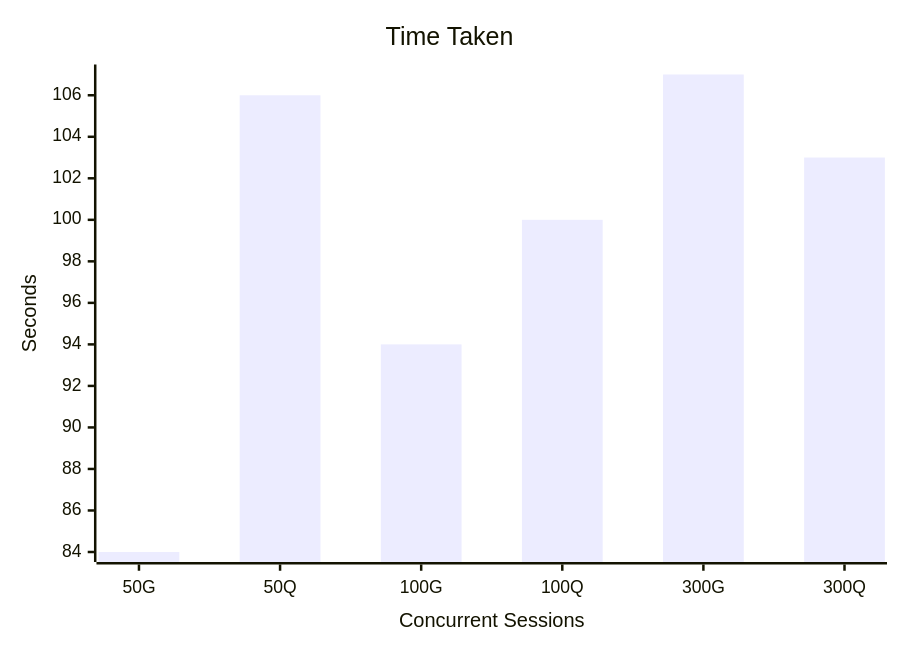
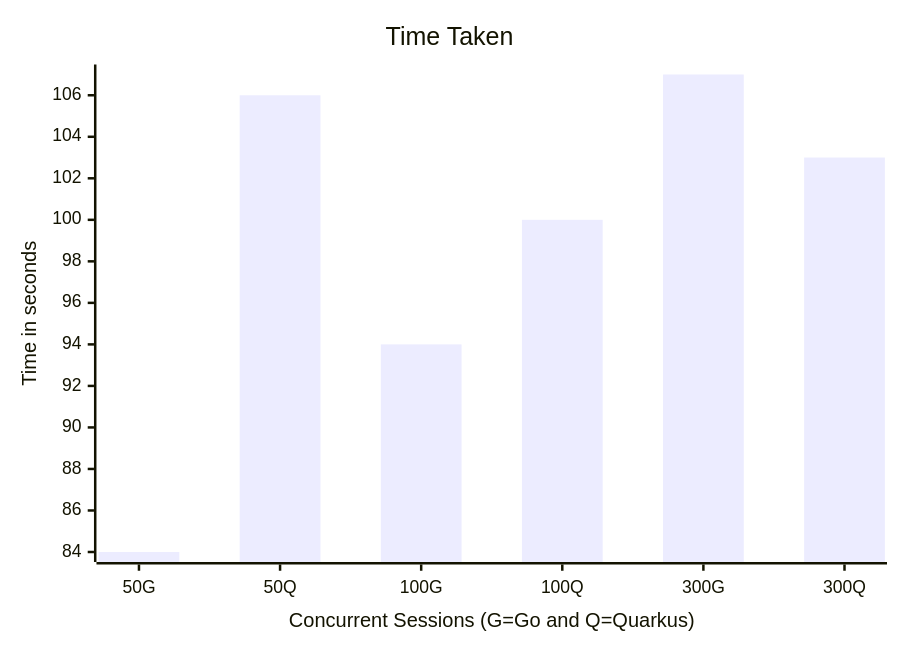
Before and after one commit to romdalf/ocp-projects: the first of 2 diagrams in docs/testing/benchmarking.md, drawn with Mermaid. The commit also changed other lines of this file, not shown here.

````diff
--- a/docs/testing/benchmarking.md
+++ b/docs/testing/benchmarking.md
@@ -403,7 +409,7 @@
 ```mermaid
 xychart-beta
   title "Time Taken"
-  x-axis "Concurrent Sessions" [50G, 50Q, 100G, 100Q, 300G, 300Q]
-  y-axis "Seconds" 
+  x-axis "Concurrent Sessions (G=Go and Q=Quarkus)" [50G, 50Q, 100G, 100Q, 300G, 300Q]
+  y-axis "Time in seconds" 
   bar [84, 106, 94, 100, 107, 103]
 ```
````
